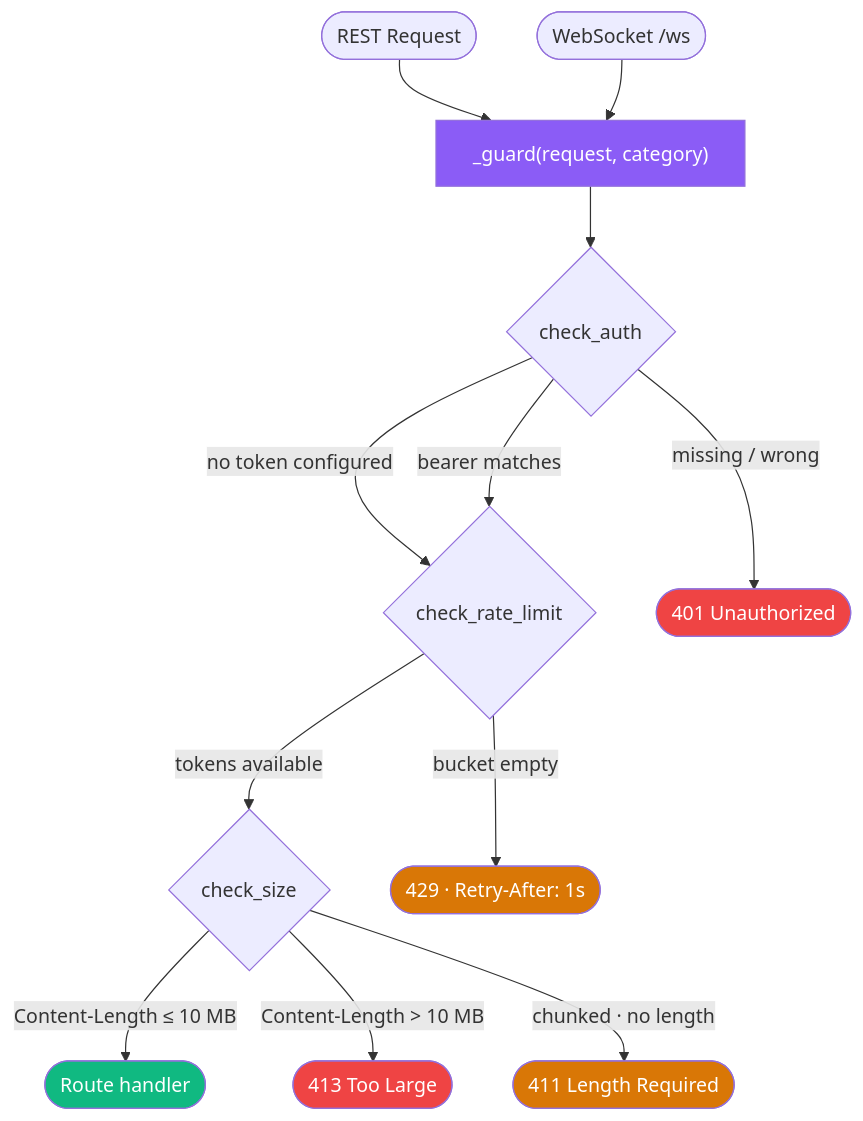
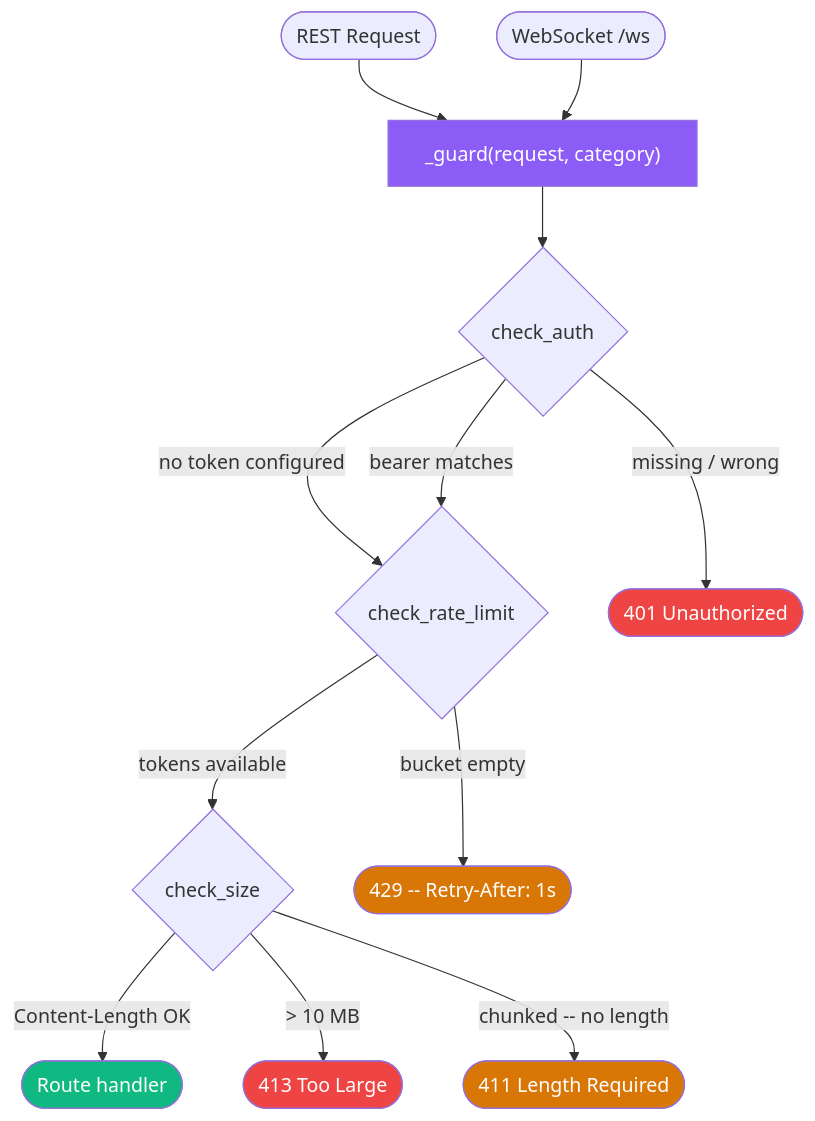
The ninth of 17 diagrams in README.md (JosephOIbrahim/Comfy-Cozy), drawn with Mermaid before and after one commit. The commit also changed other lines of this file, not shown here.

First line of the commit message:
docs: ADHD-friendly README — symlink install, scannable steps, updated diagrams

````diff
--- a/README.md
+++ b/README.md
@@ -454,21 +511,21 @@
 ```mermaid
 flowchart TD
     REST([REST Request]) --> Guard["_guard(request, category)"]
     WS([WebSocket /ws]) --> Guard
     Guard --> Auth{check_auth}
     Auth -->|"no token configured"| Rate{check_rate_limit}
     Auth -->|"bearer matches"| Rate
     Auth -->|"missing / wrong"| R401(["401 Unauthorized"])
     Rate -->|"tokens available"| Size{check_size}
-    Rate -->|"bucket empty"| R429(["429 · Retry-After: 1s"])
-    Size -->|"Content-Length ≤ 10 MB"| Handler(["Route handler"])
-    Size -->|"Content-Length > 10 MB"| R413(["413 Too Large"])
-    Size -->|"chunked · no length"| R411(["411 Length Required"])
+    Rate -->|"bucket empty"| R429(["429 -- Retry-After: 1s"])
+    Size -->|"Content-Length OK"| Handler(["Route handler"])
+    Size -->|"> 10 MB"| R413(["413 Too Large"])
+    Size -->|"chunked -- no length"| R411(["411 Length Required"])
 
     style R401 fill:#ef4444,color:#fff
     style R429 fill:#d97706,color:#fff
     style R413 fill:#ef4444,color:#fff
     style R411 fill:#d97706,color:#fff
     style Handler fill:#10b981,color:#fff
     style Guard fill:#8b5cf6,color:#fff
 ```
````
